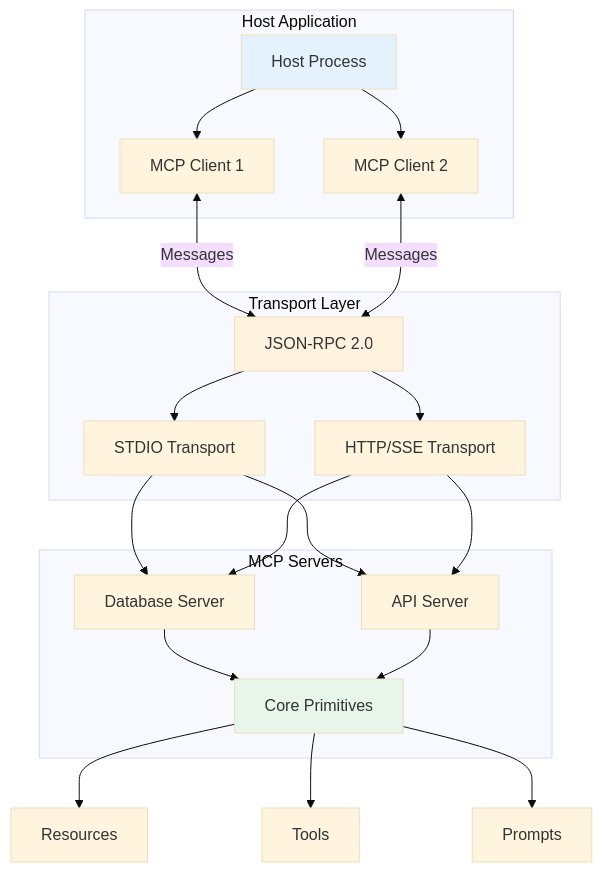
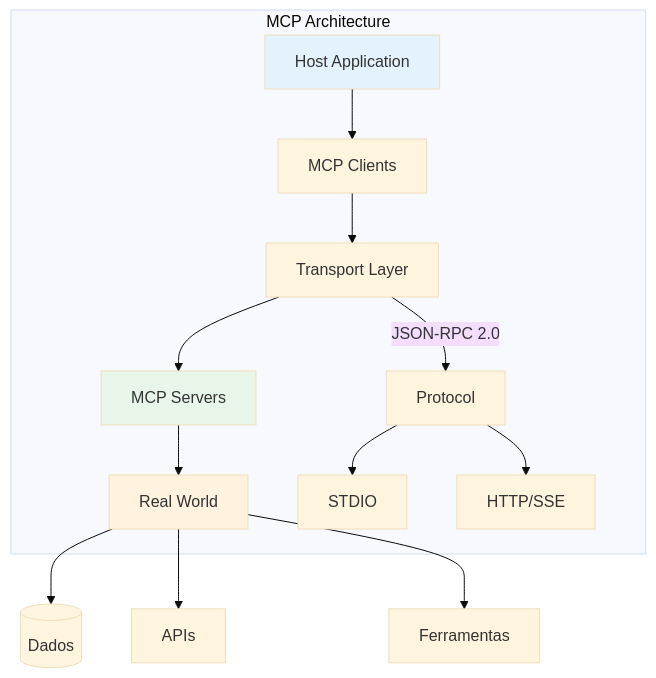
Before and after one commit to felipepimentel/my-public-notes: the fifth of 39 diagrams in AI/Comunicação/MCP/00-mcp-presentation-zero to hero.md, drawn with Mermaid (base theme). The commit also changed other lines of this file, not shown here.

````diff
--- a/AI/Comunicação/MCP/00-mcp-presentation-zero to hero.md
+++ b/AI/Comunicação/MCP/00-mcp-presentation-zero to hero.md
@@ -67,34 +97,18 @@
 ```mermaid
 graph TB
-    subgraph "Host Application"
-        HOST[Host Process]
-        CLIENT1[MCP Client 1]
-        CLIENT2[MCP Client 2]
-        HOST --> CLIENT1
-        HOST --> CLIENT2
+    subgraph "MCP Architecture"
+        HOST[Host Application] --> CLIENTS[MCP Clients]
+        CLIENTS --> TRANSPORT[Transport Layer]
+        TRANSPORT --> SERVERS[MCP Servers]
+        SERVERS --> WORLD[Real World]
+        
+        TRANSPORT --> |"JSON-RPC 2.0"| PROTO[Protocol]
+        PROTO --> STDIO[STDIO] & HTTP[HTTP/SSE]
     end
     
-    subgraph "Transport Layer"
-        JSONRPC[JSON-RPC 2.0]
-        STDIO[STDIO Transport]
-        HTTP[HTTP/SSE Transport]
-    end
-    
-    subgraph "MCP Servers"
-        SERVER1[Database Server]
-        SERVER2[API Server]
-        PRIMITIVES[Core Primitives]
-    end
-    
-    CLIENT1 <-->|Messages| JSONRPC
-    CLIENT2 <-->|Messages| JSONRPC
-    JSONRPC --> STDIO & HTTP
-    STDIO & HTTP --> SERVER1 & SERVER2
-    SERVER1 & SERVER2 --> PRIMITIVES
-    
-    PRIMITIVES --> RES[Resources] & TOOLS[Tools] & PROMPTS[Prompts]
+    WORLD --> DATA[(Dados)] & APIS[APIs] & TOOLS[Ferramentas]
     
     style HOST fill:#e3f2fd
-    style JSONRPC fill:#fff3e0
-    style PRIMITIVES fill:#e8f5e9
+    style SERVERS fill:#e8f5e9
+    style WORLD fill:#fff3e0
 ```
````
